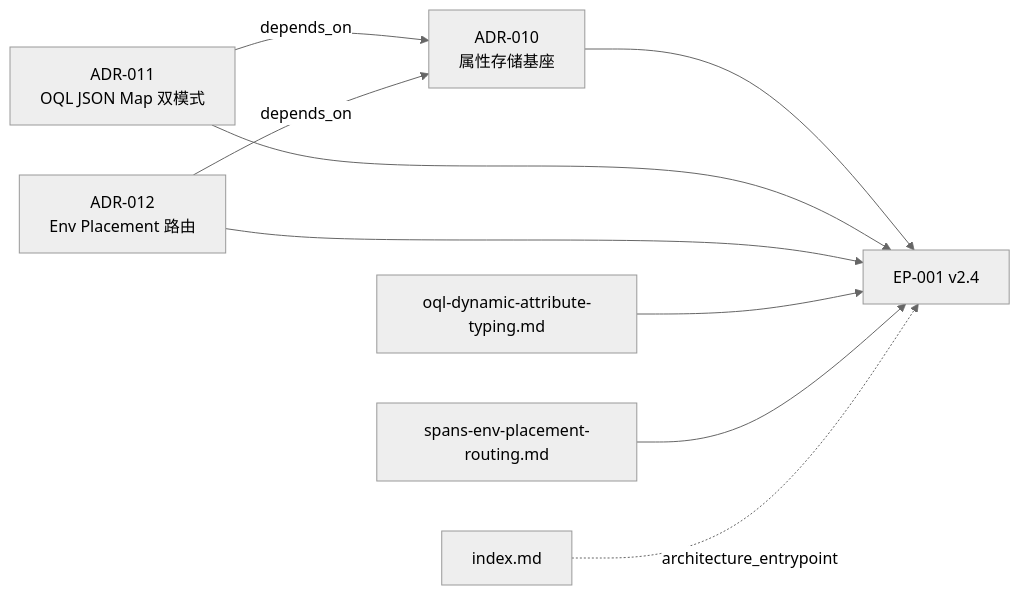
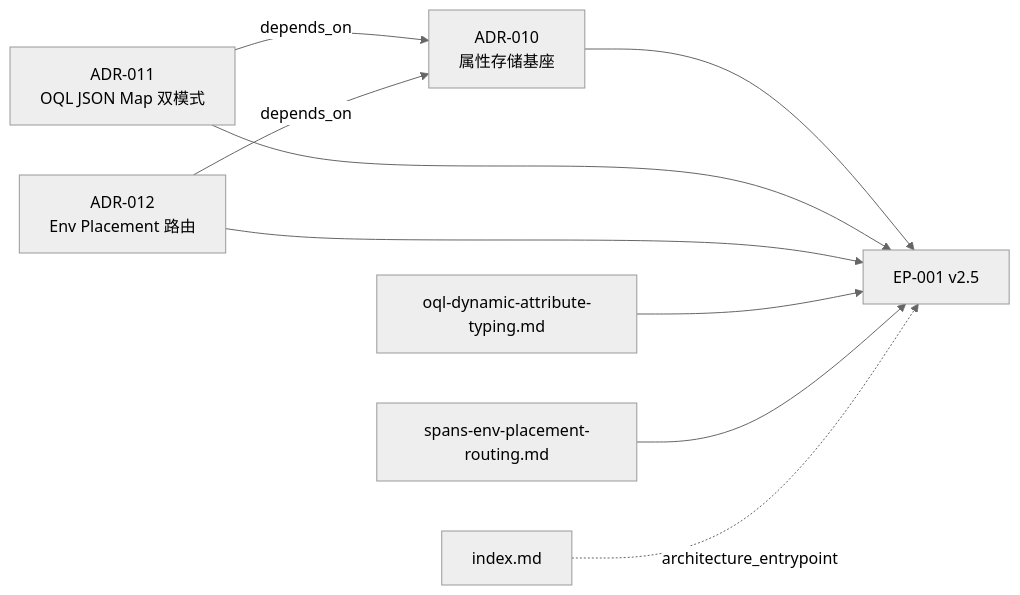
One commit to XiaoWeiKIN/RepoFoundryAI changed the diagram in engineering-execution-plan/examples/architecture-input-set/README.md. Above: the diagram before and after it, drawn with Mermaid (neutral theme). The commit also changed other lines of this file and 19 other files, not shown here.

````diff
--- a/engineering-execution-plan/examples/architecture-input-set/README.md
+++ b/engineering-execution-plan/examples/architecture-input-set/README.md
@@ -18,19 +18,19 @@
 ```mermaid
 flowchart LR
     A10["ADR-010<br/>属性存储基座"]
     A11["ADR-011<br/>OQL JSON Map 双模式"]
     A12["ADR-012<br/>Env Placement 路由"]
     D11["oql-dynamic-attribute-typing.md"]
     D12["spans-env-placement-routing.md"]
     IDX["index.md"]
-    EP["EP-001 v2.4"]
+    EP["EP-001 v2.5"]
 
     A11 -->|"depends_on"| A10
     A12 -->|"depends_on"| A10
     A10 --> EP
     A11 --> EP
     A12 --> EP
     D11 --> EP
     D12 --> EP
     IDX -.->|"architecture_entrypoint"| EP
 ```
````
